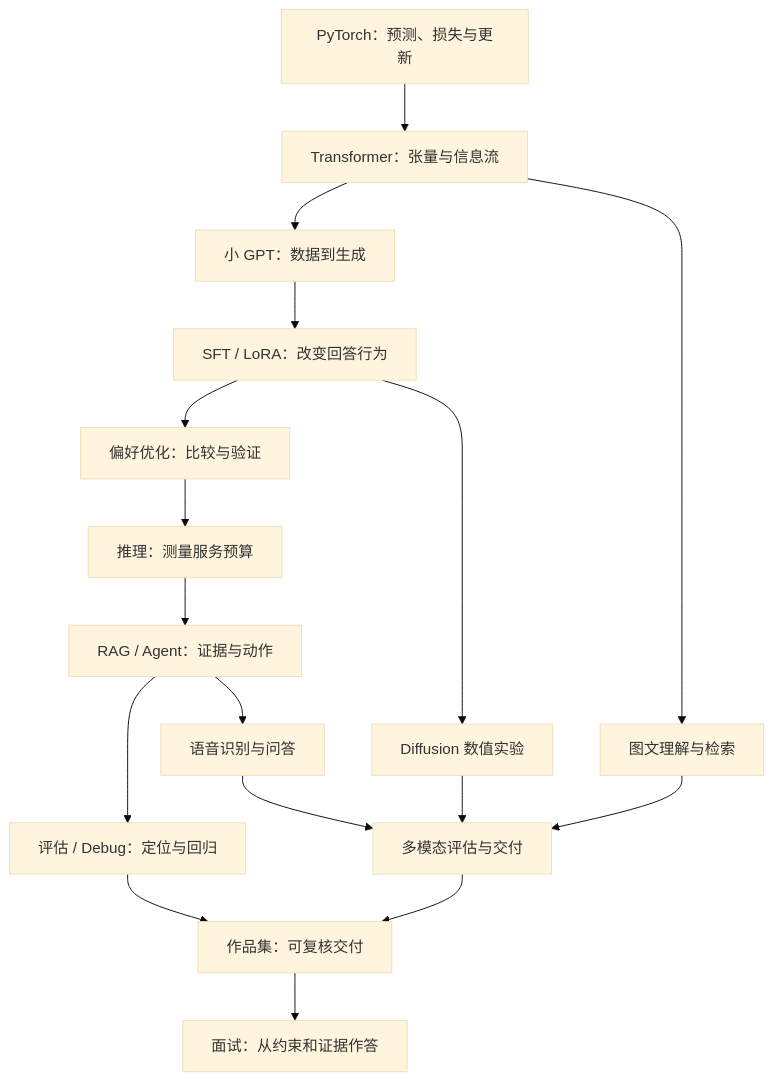
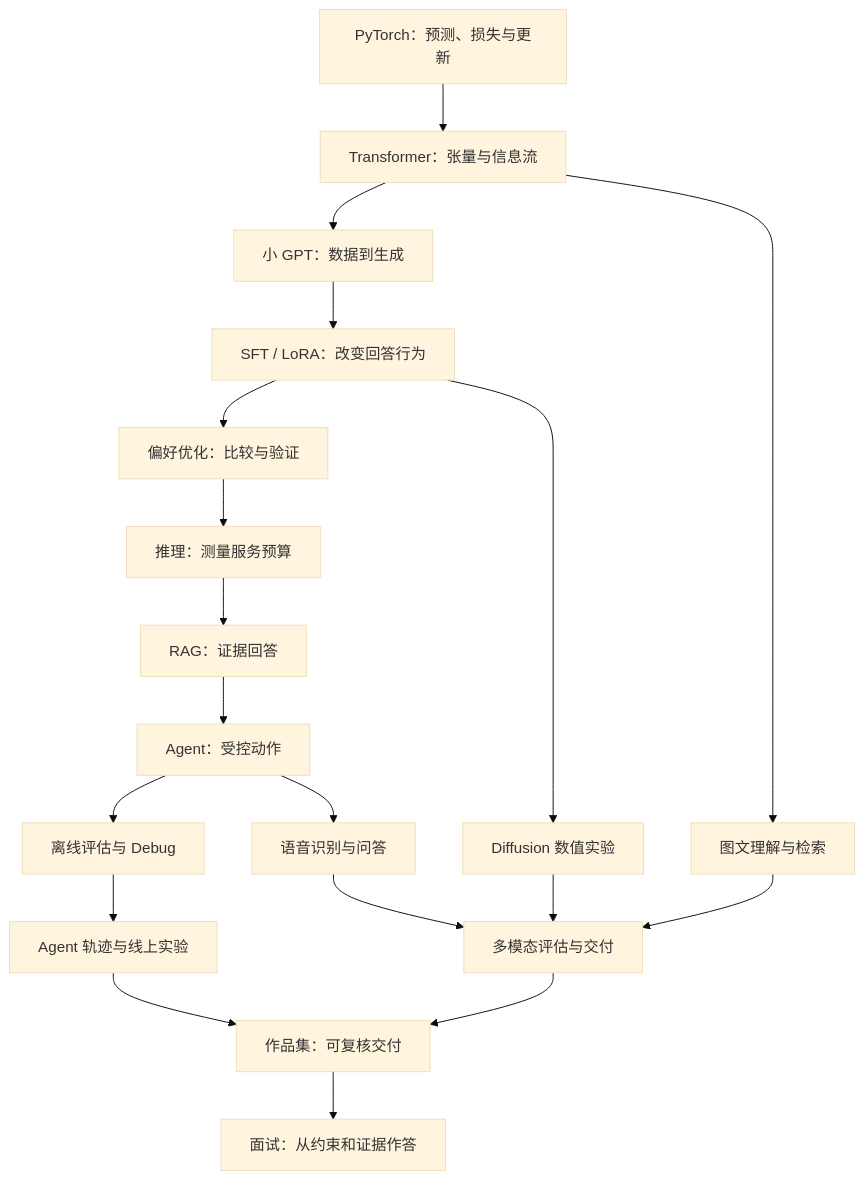
Before and after one commit to ChanChiChoi/llm-from-zero-to-interview: the diagram in book-03-practical-handbook/简介.md, drawn with Mermaid (base theme). The commit also changed other lines of this file and 65 other files, not shown here.

````diff
--- a/book-03-practical-handbook/简介.md
+++ b/book-03-practical-handbook/简介.md
@@ -31,19 +31,21 @@
 ```mermaid
 flowchart TD
     A["PyTorch：预测、损失与更新"] --> B["Transformer：张量与信息流"]
     B --> C["小 GPT：数据到生成"]
     C --> D["SFT / LoRA：改变回答行为"]
     D --> E["偏好优化：比较与验证"]
     E --> F["推理：测量服务预算"]
-    F --> G["RAG / Agent：证据与动作"]
-    G --> H["评估 / Debug：定位与回归"]
-    H --> I["作品集：可复核交付"]
-    I --> J["面试：从约束和证据作答"]
-    B --> K["图文理解与检索"]
-    D --> L["Diffusion 数值实验"]
-    G --> M["语音识别与问答"]
-    K --> N["多模态评估与交付"]
-    L --> N
-    M --> N
-    N --> I
+    F --> G["RAG：证据回答"]
+    G --> H["Agent：受控动作"]
+    H --> I["离线评估与 Debug"]
+    I --> J["Agent 轨迹与线上实验"]
+    J --> K["作品集：可复核交付"]
+    K --> L["面试：从约束和证据作答"]
+    B --> M["图文理解与检索"]
+    D --> N["Diffusion 数值实验"]
+    H --> O["语音识别与问答"]
+    M --> P["多模态评估与交付"]
+    N --> P
+    O --> P
+    P --> K
 ```
````
